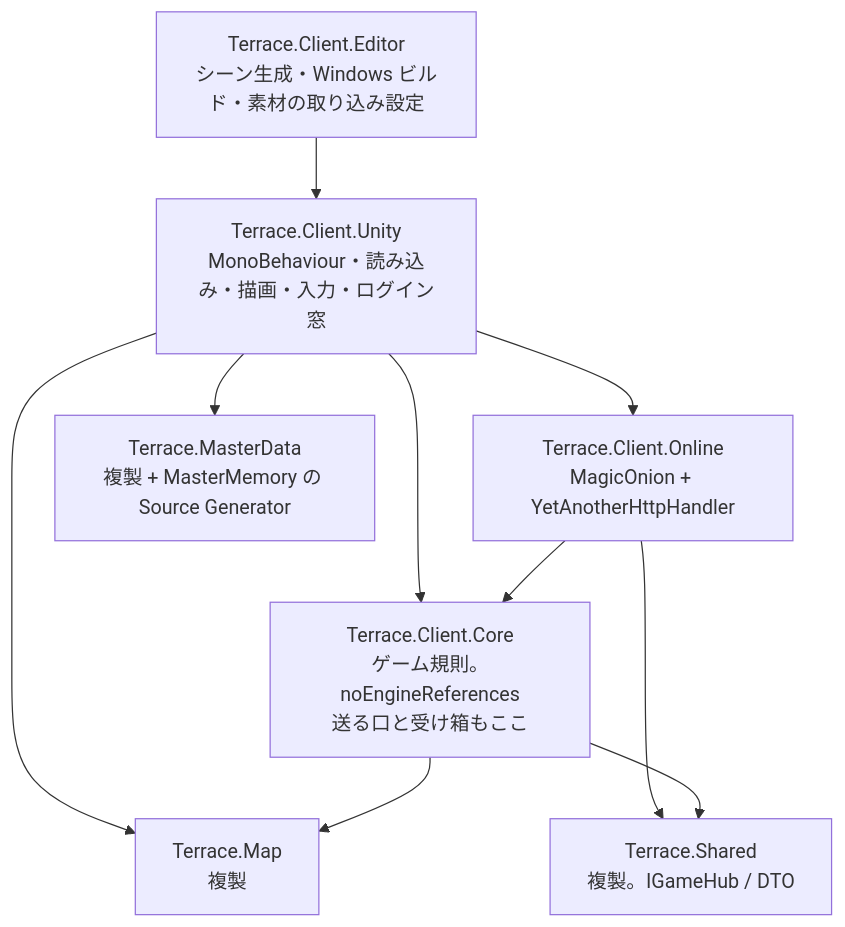
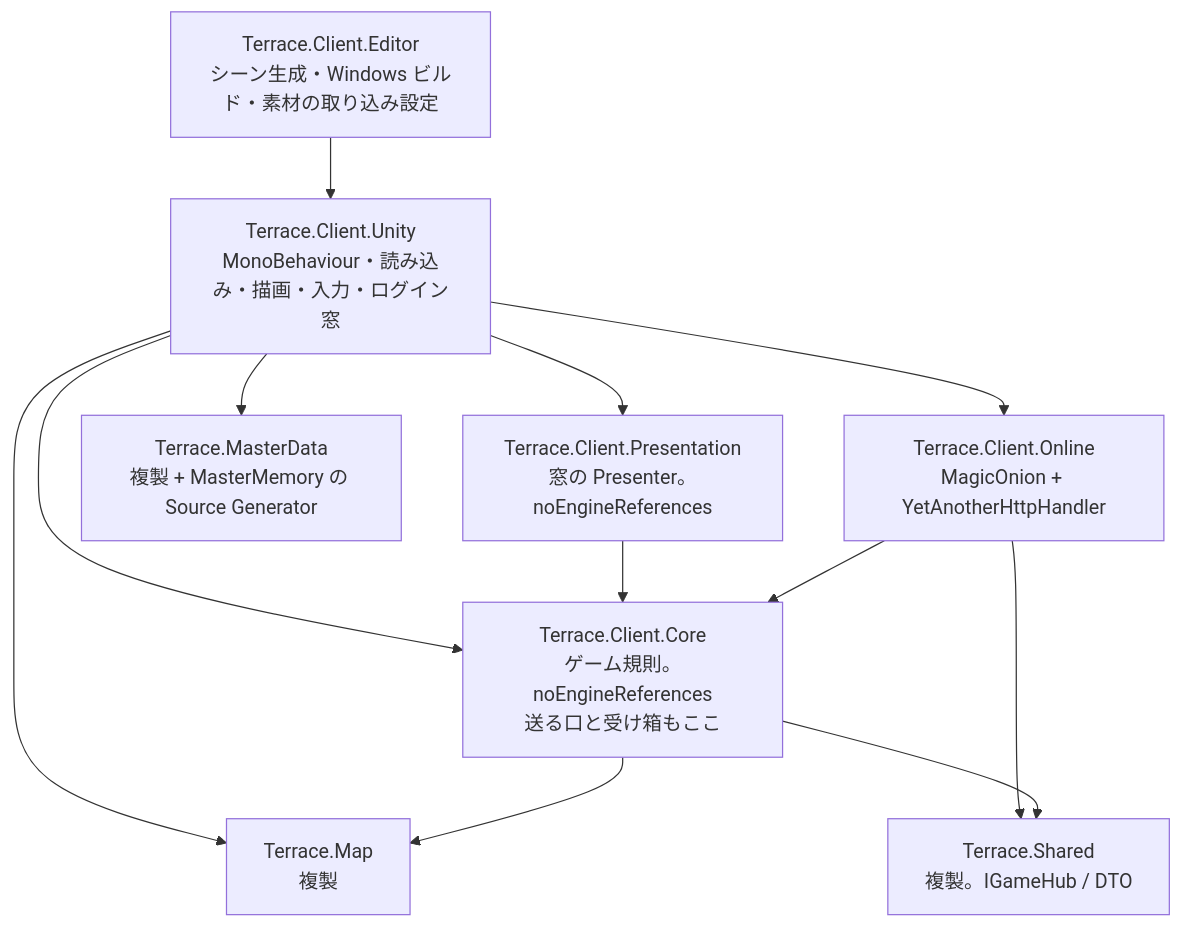
One commit to OskaKim/Terrace changed the second of 2 diagrams in docs/architecture/system.md. Above: the diagram before and after it, drawn with Mermaid. The commit also changed other lines of this file and 28 other files, not shown here.

````diff
--- a/docs/architecture/system.md
+++ b/docs/architecture/system.md
@@ -82,15 +83,17 @@
 ```mermaid
 flowchart TB
   Editor[Terrace.Client.Editor<br/>シーン生成・Windows ビルド・素材の取り込み設定] --> UnityAsm
   UnityAsm[Terrace.Client.Unity<br/>MonoBehaviour・読み込み・描画・入力・ログイン窓] --> CoreAsm
+  UnityAsm --> PresAsm
   UnityAsm --> OnlineAsm
   UnityAsm --> MapAsm
   UnityAsm --> MDAsm
+  PresAsm[Terrace.Client.Presentation<br/>窓の Presenter。noEngineReferences] --> CoreAsm
   OnlineAsm[Terrace.Client.Online<br/>MagicOnion + YetAnotherHttpHandler] --> CoreAsm
   OnlineAsm --> ProtoAsm
   CoreAsm[Terrace.Client.Core<br/>ゲーム規則。noEngineReferences<br/>送る口と受け箱もここ] --> MapAsm
   CoreAsm --> ProtoAsm
   MapAsm[Terrace.Map<br/>複製]
   MDAsm[Terrace.MasterData<br/>複製 + MasterMemory の Source Generator]
   ProtoAsm[Terrace.Shared<br/>複製。IGameHub / DTO]
 ```
````
